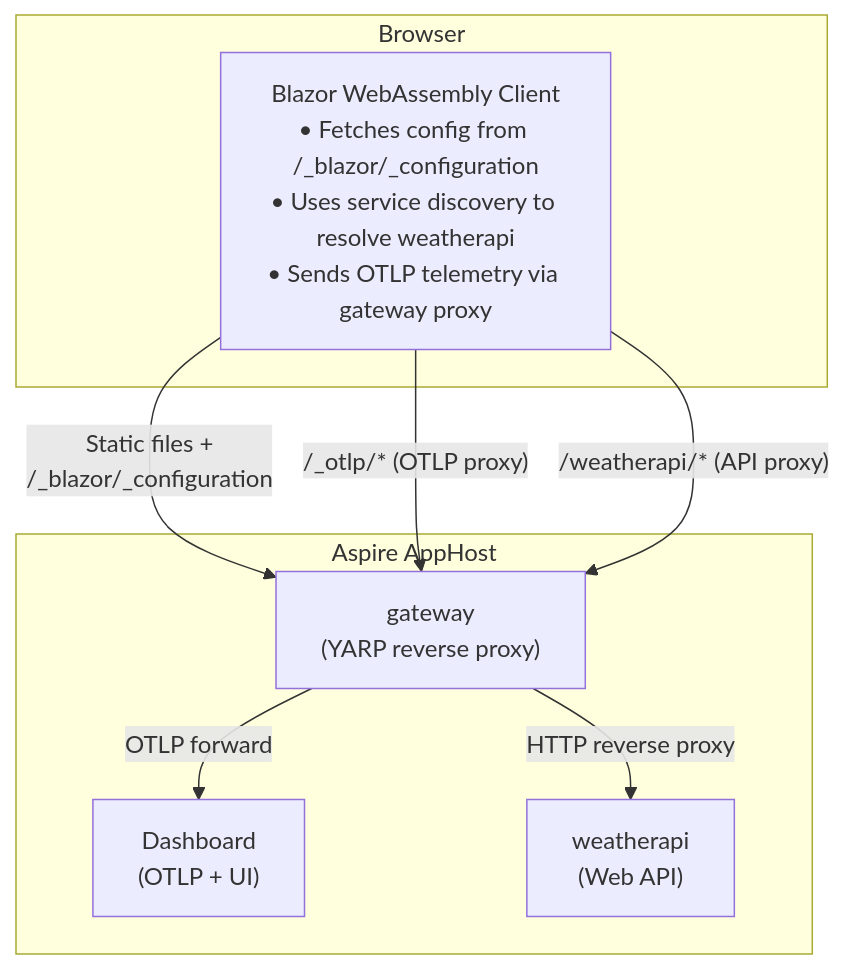
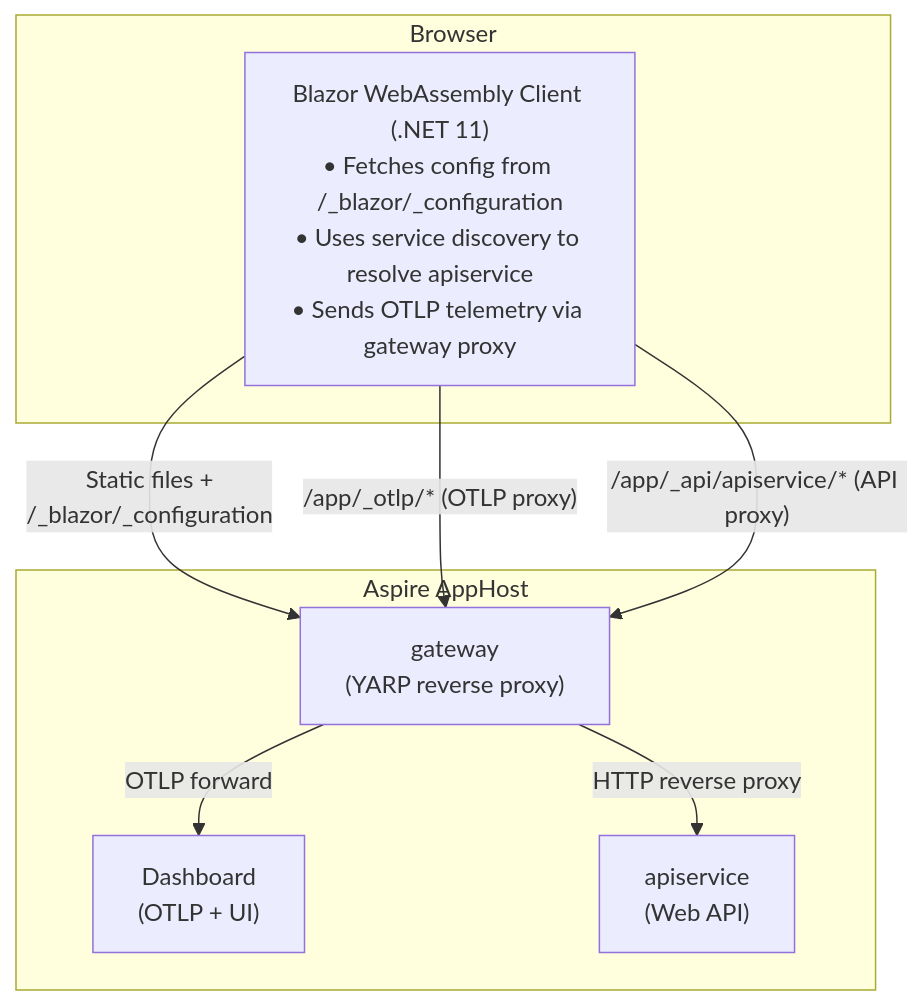
The first of 2 diagrams in README.md (danroth27/BlazorStandaloneAspireDemo), drawn with Mermaid before and after one commit. The commit also changed other lines of this file and 83 other files, not shown here.

First line of the commit message:
Rebuild on Aspire 13.4 (public) + .NET 11 Preview 5 WASM client

````diff
--- a/README.md
+++ b/README.md
@@ -22,18 +22,18 @@
 ```mermaid
 graph TB
     subgraph AppHost["Aspire AppHost"]
         Dashboard["Dashboard<br/>(OTLP + UI)"]
         Gateway["gateway<br/>(YARP reverse proxy)"]
-        WeatherAPI["weatherapi<br/>(Web API)"]
+        ApiService["apiservice<br/>(Web API)"]
     end
 
     subgraph Browser
-        WASM["Blazor WebAssembly Client<br/>• Fetches config from /_blazor/_configuration<br/>• Uses service discovery to resolve weatherapi<br/>• Sends OTLP telemetry via gateway proxy"]
+        WASM["Blazor WebAssembly Client (.NET 11)<br/>• Fetches config from /_blazor/_configuration<br/>• Uses service discovery to resolve apiservice<br/>• Sends OTLP telemetry via gateway proxy"]
     end
 
     WASM -- "Static files +<br/>/_blazor/_configuration" --> Gateway
-    WASM -- "/_otlp/* (OTLP proxy)" --> Gateway
-    WASM -- "/weatherapi/* (API proxy)" --> Gateway
+    WASM -- "/app/_otlp/* (OTLP proxy)" --> Gateway
+    WASM -- "/app/_api/apiservice/* (API proxy)" --> Gateway
     Gateway -- "OTLP forward" --> Dashboard
-    Gateway -- "HTTP reverse proxy" --> WeatherAPI
+    Gateway -- "HTTP reverse proxy" --> ApiService
 ```
````
